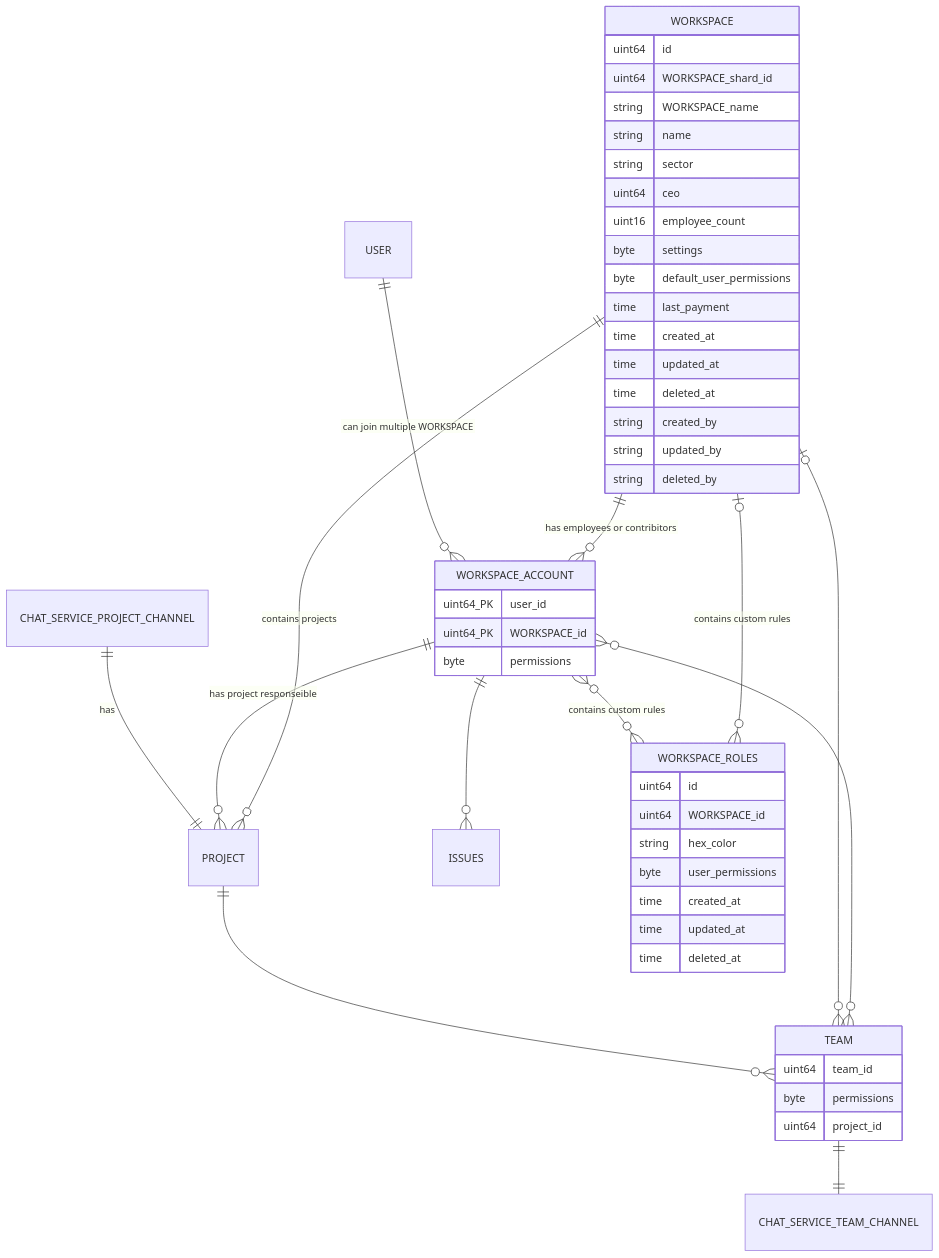
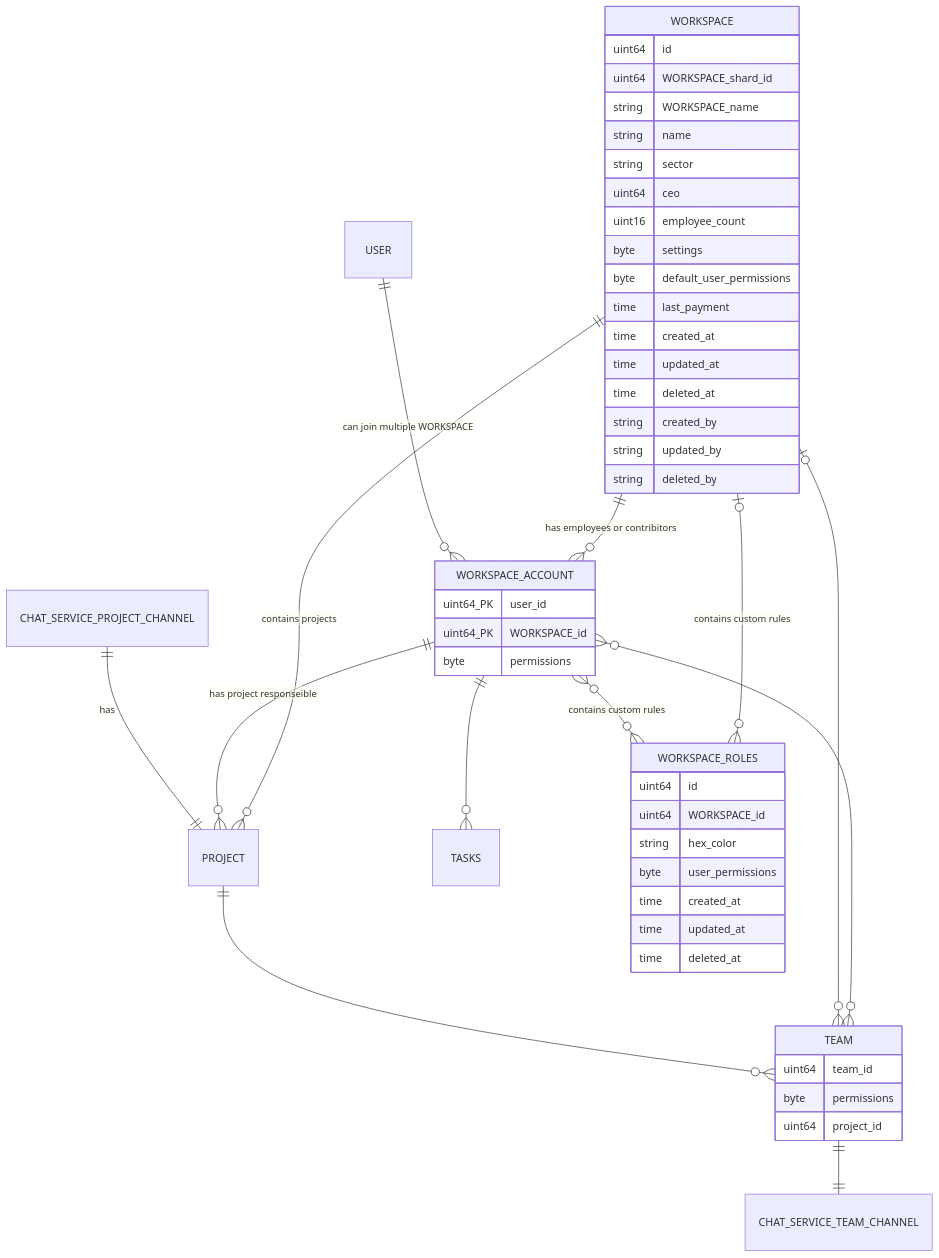
One commit to DEONSKY/ProjectManagementAppDoc changed the second of 3 diagrams in README.md. Above: the diagram before and after it, drawn with Mermaid. The commit also changed other lines of this file, not shown here.

````diff
--- a/README.md
+++ b/README.md
@@ -94,69 +260,69 @@
 ```mermaid
 erDiagram 
 WORKSPACE_ACCOUNT 
 
 WORKSPACE_ACCOUNT }o--o{ TEAM : ""
 
 WORKSPACE |o--o{ TEAM : ""
 
 
 
 TEAM {
 uint64 team_id
 byte permissions
 uint64 project_id
 }
 
 PROJECT ||--o{ TEAM : ""
 TEAM ||--|| CHAT_SERVICE_TEAM_CHANNEL: ""
 
 
 
-WORKSPACE_ACCOUNT||--o{ ISSUES : ""
+WORKSPACE_ACCOUNT||--o{ TASKS : ""
 
 
 WORKSPACE  ||--o{  WORKSPACE_ACCOUNT  : "has employees or contribitors"  
  WORKSPACE  {  
  uint64 id
  uint64 WORKSPACE_shard_id
  string WORKSPACE_name  
  string name 
  string sector  
  uint64 ceo
  uint16 employee_count
  byte settings
  byte default_user_permissions
  time last_payment
  time created_at
  time updated_at
  time deleted_at
  string created_by
  string updated_by
  string deleted_by
  }  
  
 WORKSPACE |o--o{  WORKSPACE_ROLES  : "contains custom rules" 
 
 WORKSPACE_ACCOUNT }o--o{  WORKSPACE_ROLES  : "contains custom rules" 
 
 
 WORKSPACE_ROLES {
 	uint64 id
 	uint64 WORKSPACE_id
 	string hex_color
 	byte user_permissions
 	time created_at
 	time updated_at
 	time deleted_at
 
 }
  WORKSPACE_ACCOUNT  {  
  uint64_PK user_id  
  uint64_PK WORKSPACE_id  
  byte permissions
  }  
  WORKSPACE ||--o{  PROJECT  : "contains projects"  
  WORKSPACE_ACCOUNT ||--o{  PROJECT  : "has project responseible"  
  USER ||--o{  WORKSPACE_ACCOUNT  : "can join multiple WORKSPACE" 
  CHAT_SERVICE_PROJECT_CHANNEL ||--||  PROJECT  : "has" 
 ```
````
